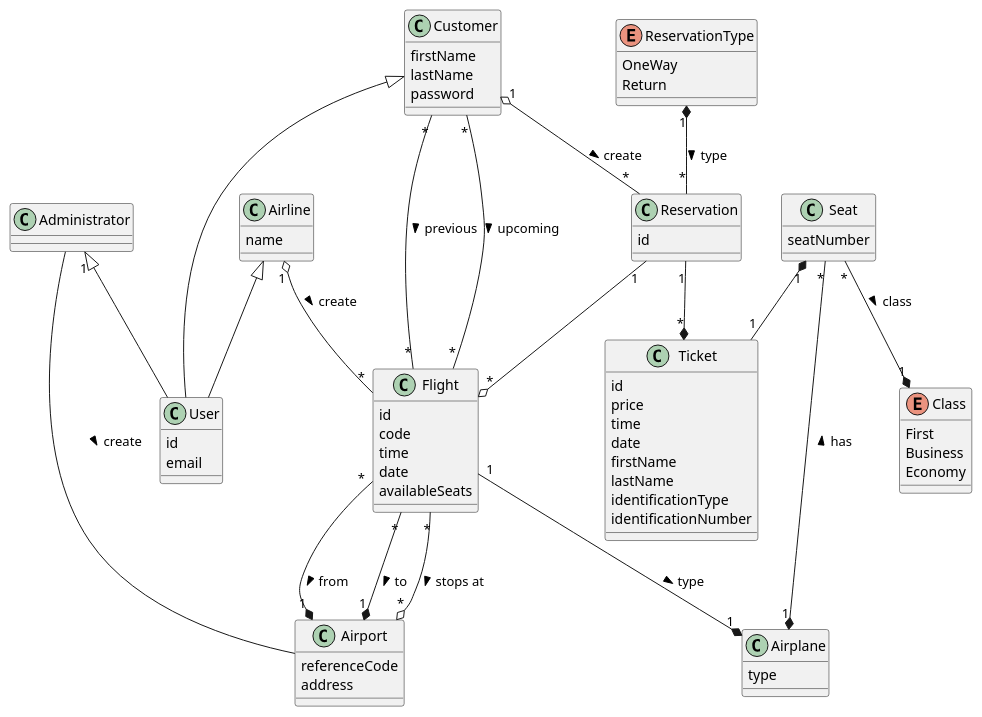
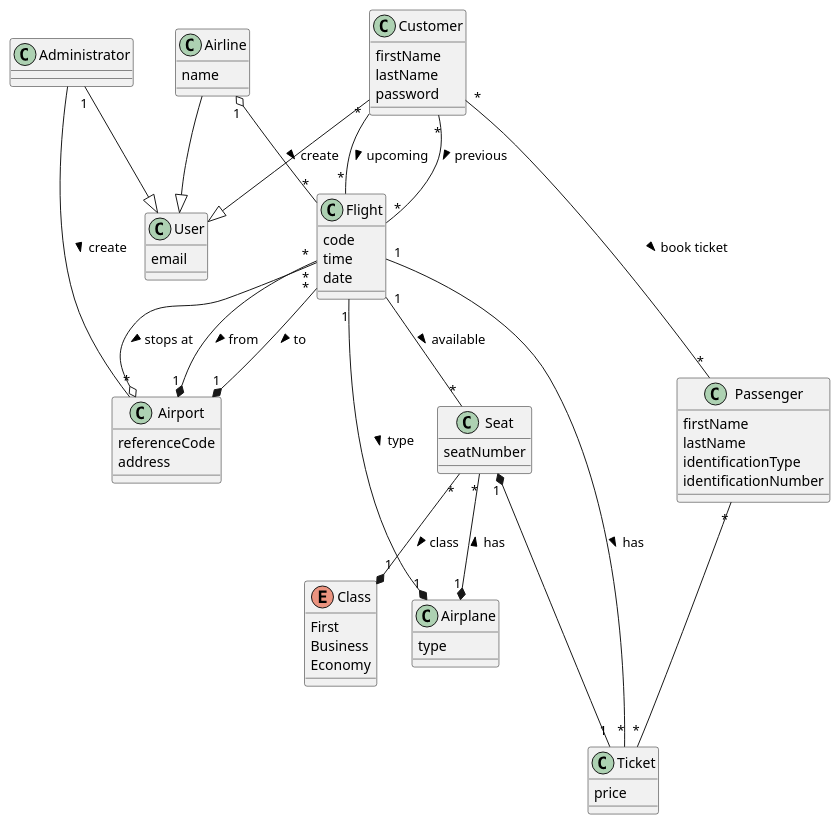
The diagram in docs/UML/Domain Model.puml (SWEN900072021/four-aces), drawn with PlantUML before and after one commit.

Commit message:
update domain model diagram based on tutor feedback

```diff
--- a/docs/UML/Domain Model.puml
+++ b/docs/UML/Domain Model.puml
@@ -1,93 +1,84 @@
 @startuml
 'https://plantuml.com/class-diagram
 
 class User{
-id
 email
 }
 
 class Administrator{
 }
 
 class Airline{
 name
 }
 
 class Customer{
 firstName
 lastName
 password
 }
 
-Administrator "1" <|-- User
-Customer <|-- User
-Airline <|-- User
+class Passenger{
+firstName
+lastName
+identificationType
+identificationNumber
+}
+
+Administrator "1" --|> User
+Customer --|> User
+Airline --|> User
 
 class Airport{
 referenceCode
 address
 }
 
 class Flight{
-id
 code
 time
 date
-availableSeats
 }
 
 class Airplane{
 type
 }
 
 class Seat{
 seatNumber
 }
 
 class Ticket{
-id
 price
-time
-date
-firstName
-lastName
-identificationType
-identificationNumber
 }
 
-class Reservation{
-id
-}
-
-enum ReservationType{
-OneWay
-Return
-}
 
 enum Class{
 First
 Business
 Economy
 }
 
 Airline "1" o-- "*" Flight : create >
-Reservation "1" --o "*" Flight
-Reservation "1" --* "*" Ticket
+
 Seat "1" *-- "1" Ticket
-ReservationType "1" *-- "*" Reservation : type >
 Flight "1" --* "1" Airplane : type >
-Customer "1" o-- "*" Reservation: create >
+Flight "1" -- "*" Ticket : has >
+Customer "*" --- "*" Passenger : book ticket >
+
+Passenger "*" --- "*" Ticket
 
 Flight "*" --* "1" Airport : from >
 Flight "*" --* "1" Airport : to >
 Flight "*" --o "*" Airport : stops at >
+Flight "1" -- "*" Seat : available >
 
 Administrator -- Airport : create >
 
 Customer "*" -- "*" Flight : previous >
 Customer "*" -- "*" Flight : upcoming >
 
 Seat "*" --* "1" Class : class >
 Seat "*" --* "1" Airplane : has <
 
 @enduml
```
